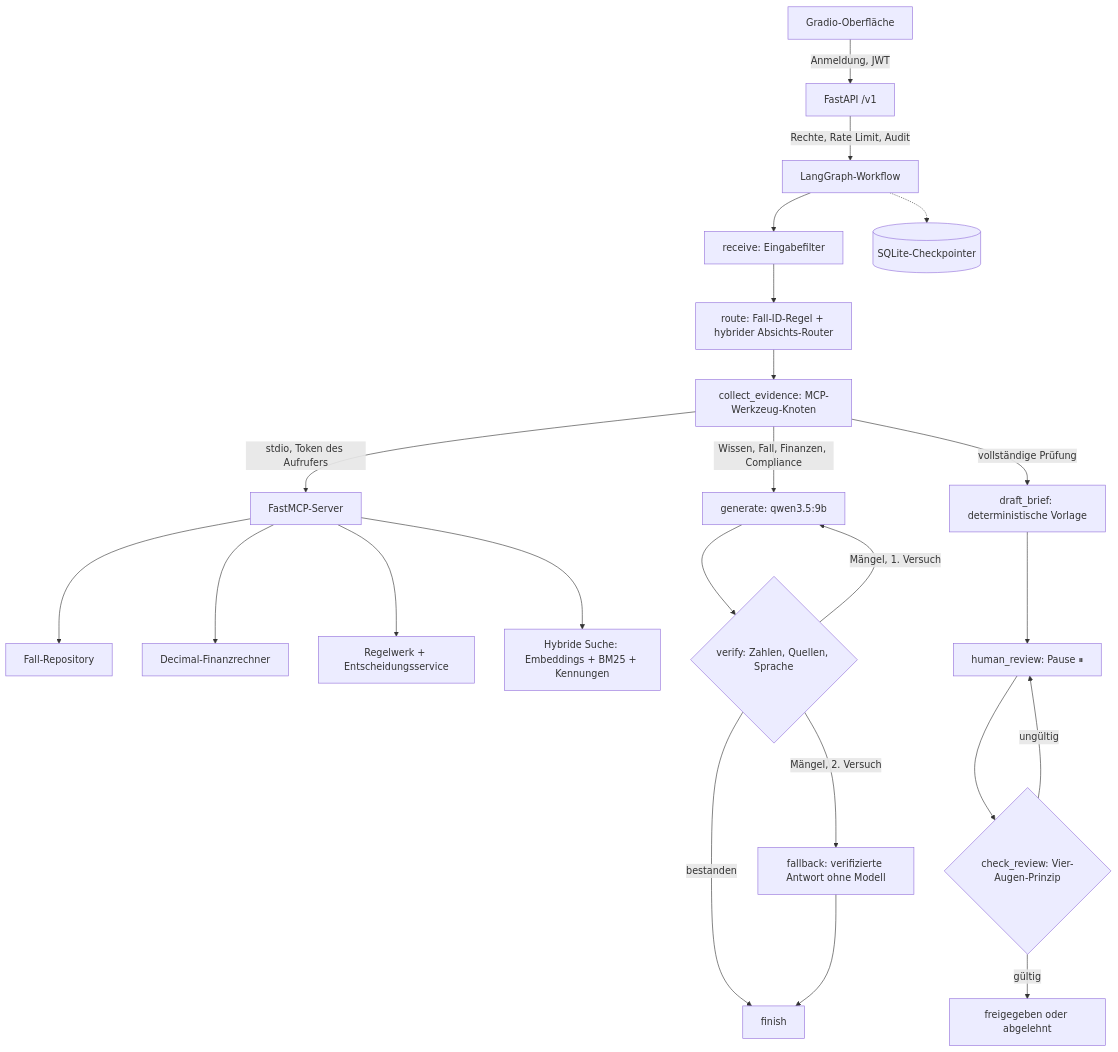
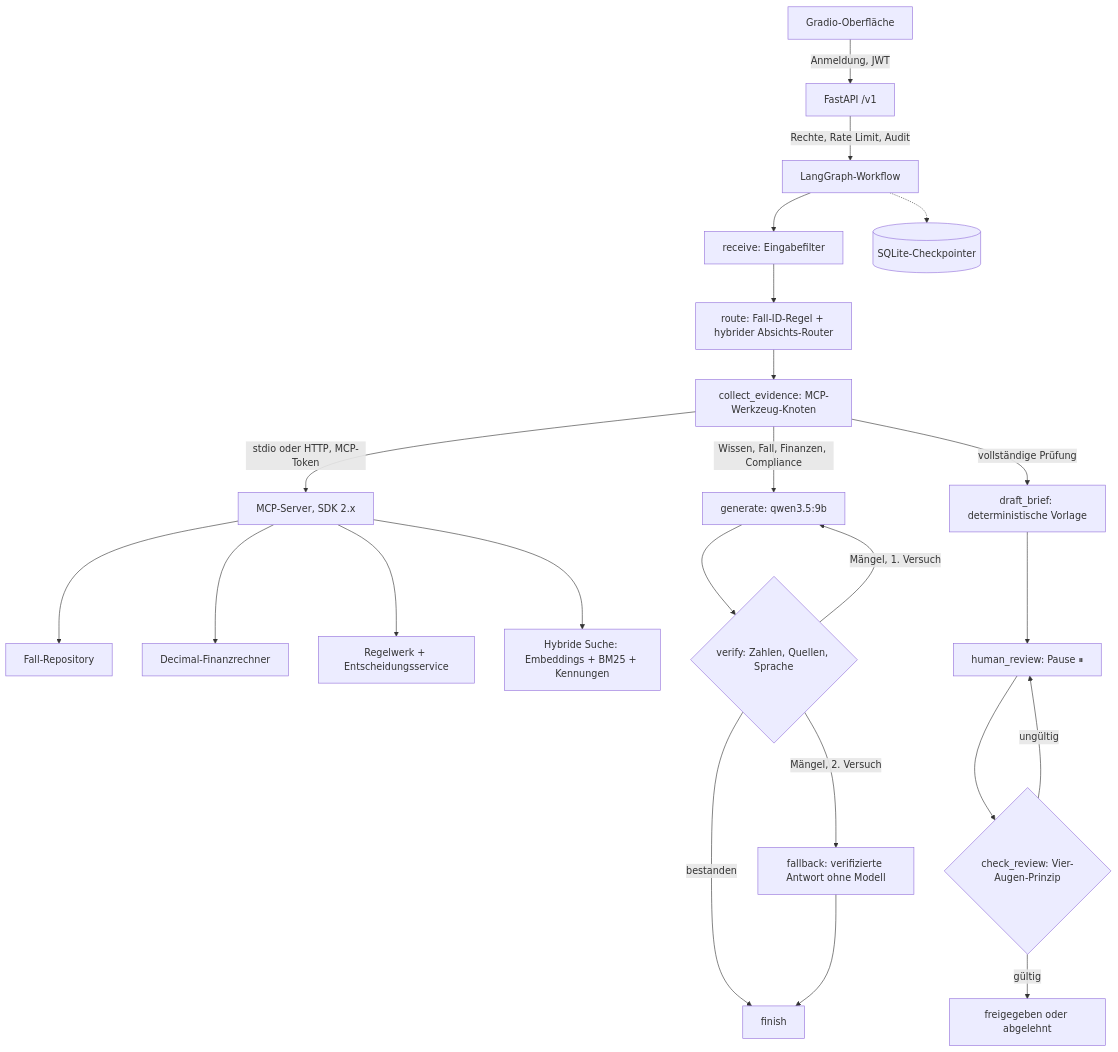
Before and after one commit to Maik-Huebner/secure-enterprise-ai-assistant: the diagram in docs/architecture.md, drawn with Mermaid. The commit also changed other lines of this file and 4 other files, not shown here.

First line of the commit message:
docs: MCP transports and token model, learning note for package 5

````diff
--- a/docs/architecture.md
+++ b/docs/architecture.md
@@ -3,25 +3,25 @@
 ```mermaid
 flowchart TD
     UI[Gradio-Oberfläche] -->|Anmeldung, JWT| API[FastAPI /v1]
     API -->|Rechte, Rate Limit, Audit| G[LangGraph-Workflow]
     G --> RCV[receive: Eingabefilter]
     RCV --> RT[route: Fall-ID-Regel + hybrider Absichts-Router]
     RT --> COL[collect_evidence: MCP-Werkzeug-Knoten]
-    COL -->|stdio, Token des Aufrufers| MCP[FastMCP-Server]
+    COL -->|stdio oder HTTP, MCP-Token| MCP[MCP-Server, SDK 2.x]
     MCP --> CASES[Fall-Repository]
     MCP --> FIN[Decimal-Finanzrechner]
     MCP --> COMP[Regelwerk + Entscheidungsservice]
     MCP --> RAG[Hybride Suche: Embeddings + BM25 + Kennungen]
     COL -->|Wissen, Fall, Finanzen, Compliance| GEN[generate: qwen3.5:9b]
     GEN --> VER{verify: Zahlen, Quellen, Sprache}
     VER -->|bestanden| FIN2[finish]
     VER -->|Mängel, 1. Versuch| GEN
     VER -->|Mängel, 2. Versuch| FB[fallback: verifizierte Antwort ohne Modell]
     FB --> FIN2
     COL -->|vollständige Prüfung| DR[draft_brief: deterministische Vorlage]
     DR --> HR[human_review: Pause ⏸]
     HR --> CR{check_review: Vier-Augen-Prinzip}
     CR -->|ungültig| HR
     CR -->|gültig| END[freigegeben oder abgelehnt]
     G -.-> CP[(SQLite-Checkpointer)]
 ```
````
